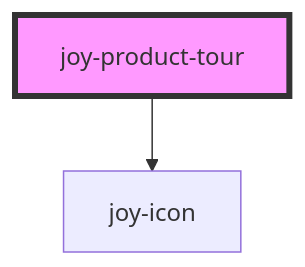
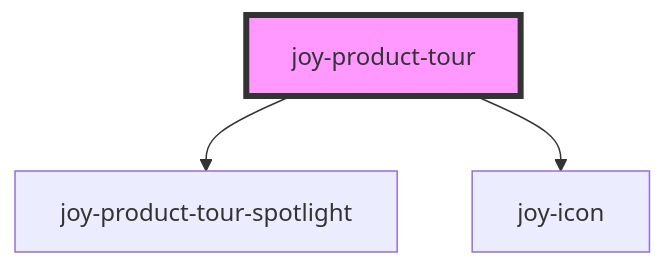
Before and after one commit to Maltcommunity/joy: the diagram in core/src/components/product-tour/readme.md, drawn with Mermaid. The commit also changed other lines of this file and 4 other files, not shown here.

Commit message:
[product-tour] change addOverlay prop to disableOverlay + add doc

````diff
--- a/core/src/components/product-tour/readme.md
+++ b/core/src/components/product-tour/readme.md
@@ -122,5 +128,6 @@
 ```mermaid
 graph TD;
+  joy-product-tour --> joy-product-tour-spotlight
   joy-product-tour --> joy-icon
   style joy-product-tour fill:#f9f,stroke:#333,stroke-width:4px
 ```
````
